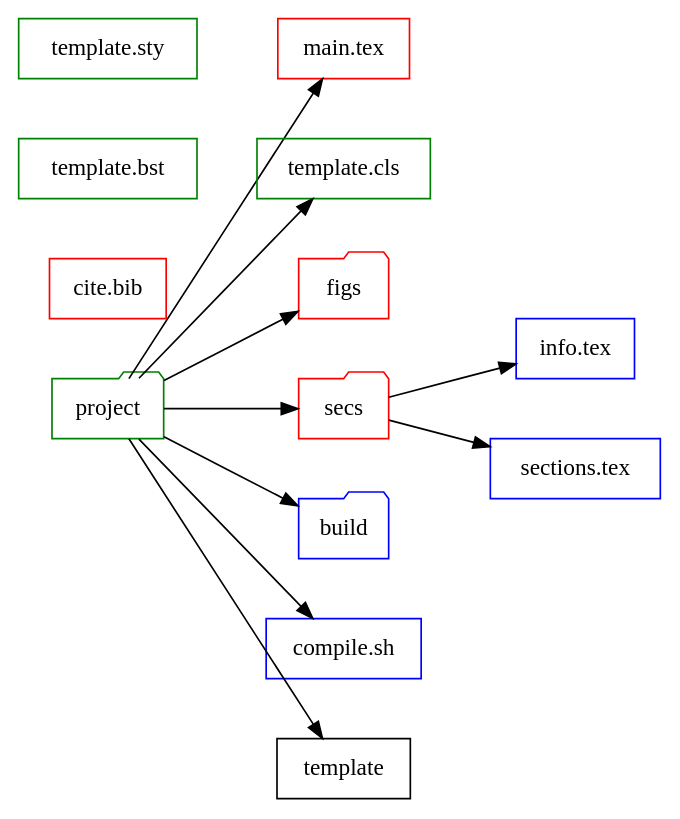
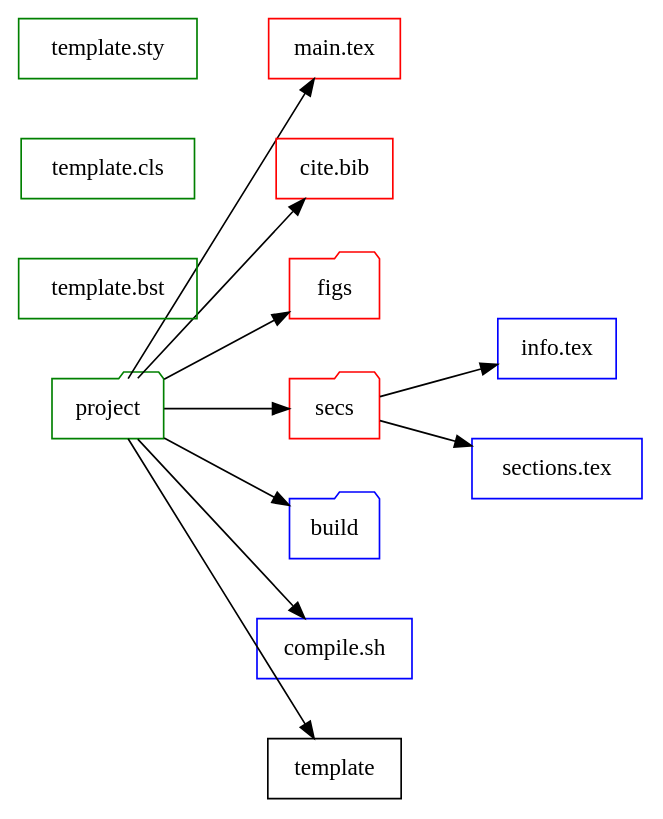
Before and after one commit to bwtian/texTemplate: the diagram in texTemplate.org, drawn with Graphviz. The commit also changed other lines of this file and 1 other file, not shown here.

Commit message:
- ‘.#texTemplate.org’ / ‘texTemplate.org’

```diff
--- a/texTemplate.org
+++ b/texTemplate.org
@@ -4,31 +4,31 @@
 #+BEGIN_SRC dot :file ./texTemplate.svg
   digraph {
   rankdir = LR
   fontname="Times";
   fontsize = 12;
   splines = false;
   ranksep = 0.5;
   nodesep = 0.5;
   node [shape = box]
   //1. set node
   proj [label = "project", color = green, shape="folder"]
   info [label = "info.tex", color = blue]
   secs [label = "sections.tex", color = blue]
   main [label = "main.tex", color = red]
   bib [label = "cite.bib", color = red]
   bst [label = "template.bst", color = green]
   cls [label = "template.cls", color = green]
   sty [label = "template.sty", color = green]
   fig [label = "figs", color=red, shape="folder"]
   sec [label = "secs", color=red, shape="folder"]
   build [label  = "build", color = blue, shape="folder"]
   gen [label = "compile.sh", color = blue]
   temp [label = "template"]
   //2. set path
 
-  proj -> {fig sec main temp cls build gen}
+  proj -> {fig sec main temp bib build gen}
   sec -> {info, secs}
   //3. set rank
 
   }
 #+END_SRC
```
